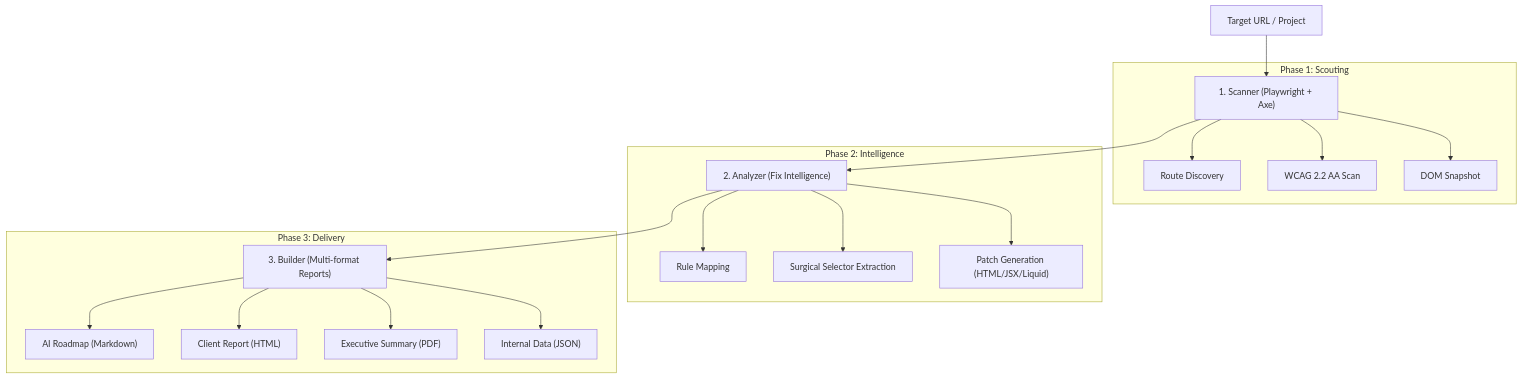
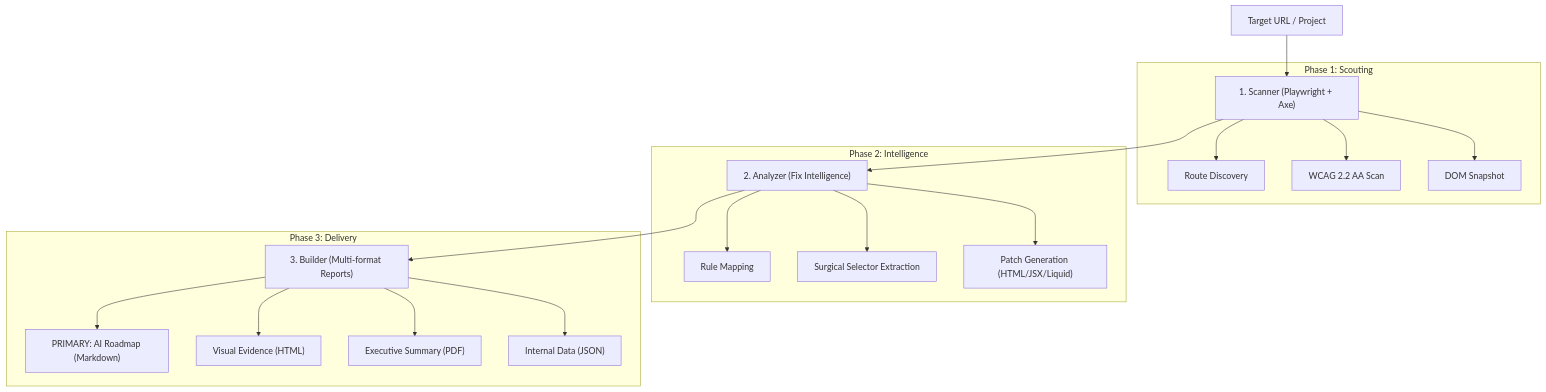
The first of 2 diagrams in docs/architecture.md (diegovelasquezweb/a11y-skill), drawn with Mermaid before and after one commit. The commit also changed other lines of this file and 2 other files, not shown here.

Commit message:
feat: Adopt a fix-first philosophy for a11y audits, prioritizing immediate patch proposals and application over report presentation.

````diff
--- a/docs/architecture.md
+++ b/docs/architecture.md
@@ -17,30 +17,30 @@
 ```mermaid
 graph TD
     A["Target URL / Project"]
 
     subgraph P1["Phase 1: Scouting"]
         B["1. Scanner (Playwright + Axe)"]
         B --> B1["Route Discovery"]
         B --> B2["WCAG 2.2 AA Scan"]
         B --> B3["DOM Snapshot"]
     end
 
     subgraph P2["Phase 2: Intelligence"]
         C["2. Analyzer (Fix Intelligence)"]
         C --> C1["Rule Mapping"]
         C --> C2["Surgical Selector Extraction"]
         C --> C3["Patch Generation (HTML/JSX/Liquid)"]
     end
 
     subgraph P3["Phase 3: Delivery"]
         D["3. Builder (Multi-format Reports)"]
-        D --> D1["AI Roadmap (Markdown)"]
-        D --> D2["Client Report (HTML)"]
+        D --> D1["PRIMARY: AI Roadmap (Markdown)"]
+        D --> D2["Visual Evidence (HTML)"]
         D --> D3["Executive Summary (PDF)"]
         D --> D4["Internal Data (JSON)"]
     end
 
     A --> B
     B --> C
     C --> D
 ```
````
